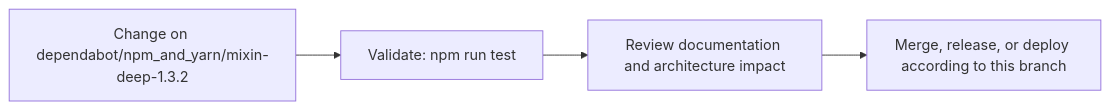
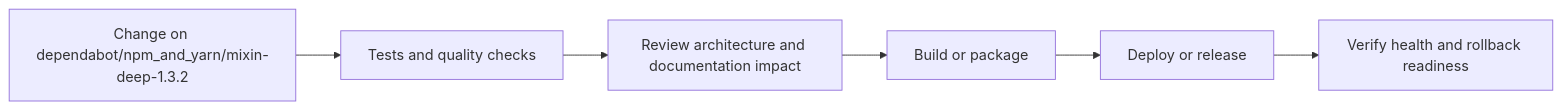
Before and after one commit to Nischhalsubba/rismfp-ui: the fourth of 5 diagrams in README.md, drawn with Mermaid. The commit also changed other lines of this file, not shown here.

````diff
--- a/README.md
+++ b/README.md
@@ -65,8 +135,8 @@
 ```mermaid
 flowchart LR
-    CHANGE["Change on dependabot/npm_and_yarn/mixin-deep-1.3.2"]
-    CHECK["Validate: npm run test"]
-    REVIEW["Review documentation and architecture impact"]
-    RELEASE["Merge, release, or deploy according to this branch"]
-    CHANGE --> CHECK --> REVIEW --> RELEASE
+    CHANGE["Change on dependabot/npm_and_yarn/mixin-deep-1.3.2"] --> CHECK["Tests and quality checks"]
+    CHECK --> REVIEW["Review architecture and documentation impact"]
+    REVIEW --> BUILD["Build or package"]
+    BUILD --> DEPLOY["Deploy or release"]
+    DEPLOY --> VERIFY["Verify health and rollback readiness"]
 ```
````
